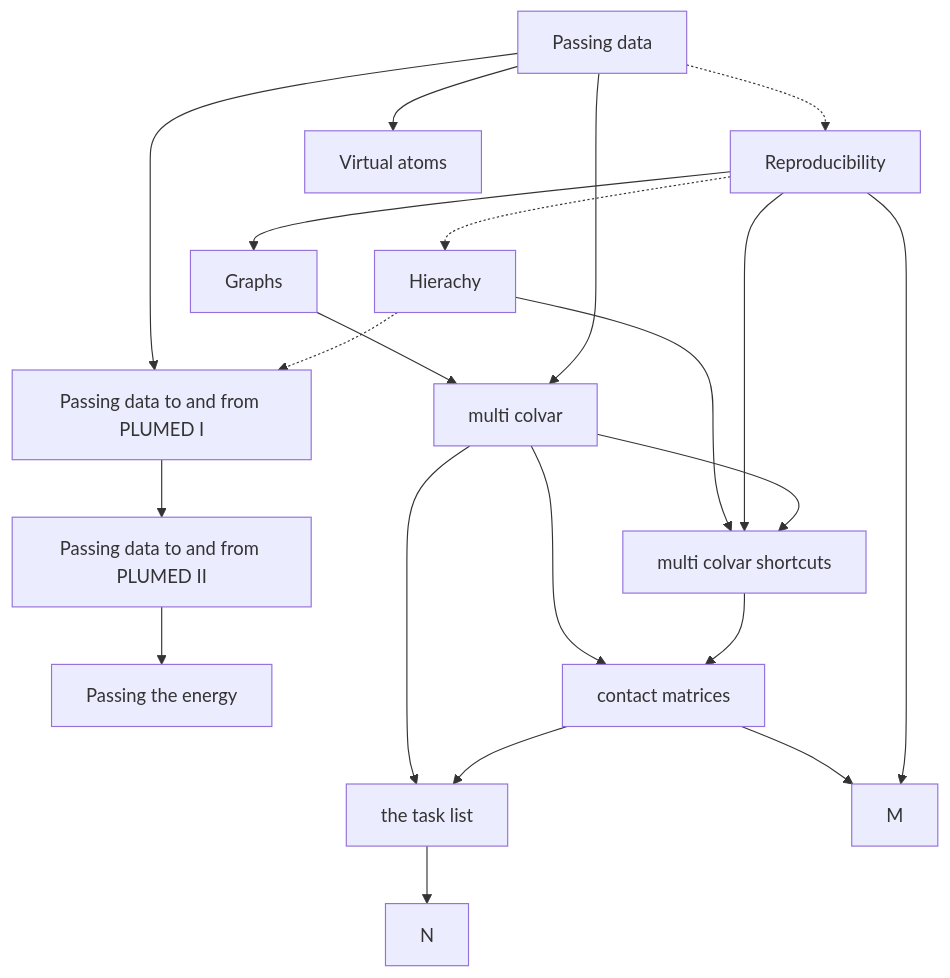
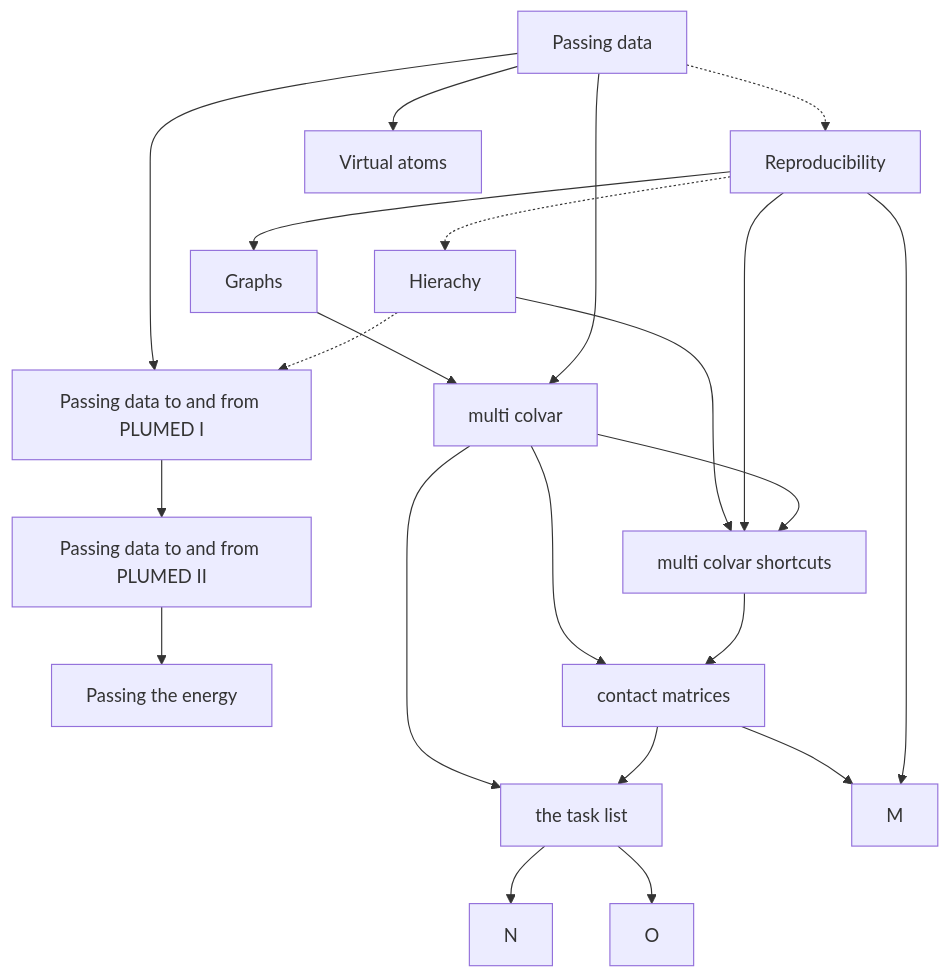
The diagram in NAVIGATION.md (gtribello/plumed-thoughts), drawn with Mermaid before and after one commit. The commit also changed 2 other files, not shown here.

Commit message:
Added article on Behler symmetry functions

````diff
--- a/NAVIGATION.md
+++ b/NAVIGATION.md
@@ -21,37 +21,39 @@
 ```mermaid
 flowchart TB;
   A[Passing data] -.-> B[Reproducibility];
   B -.-> C[Hierachy];
   C -.-> D[Passing data to and from PLUMED I];
   D --> E[Passing data to and from PLUMED II];
   A --> D;
   E --> F[Passing the energy];
   A --> G[Virtual atoms]
   B --> H[Graphs]
   A --> I[multi colvar]
   H --> I
   I --> J[multi colvar shortcuts]
   B --> J
   C --> J
   J --> K[contact matrices]
   I --> K
   K --> L[the task list]
   I --> L
   B --> M
   K --> M
   L --> N
+  L --> O
   click A "Passing.md" "8th May 2023: General thoughts about how data is passed between PLUMED actions";
   click B "Reproducibility.md" "8th May 2023: General thoughts about why we want to do calculations that are reproducibile";
   click C "Community.md" "8th May 2023: General thoughts about how we support communities of scholars"
   click D "MDInterfaceI.md" "8th May 2023: A description of how data is passed to and from PLUMED"
   click E "MDInterfaceII.md" "21st May 2023: A description of how atomic properties are passed to and from PLUMED"
   click F "PassingEnergy.md" "21st May 2023: A description of how potential energy is passed to PLUMED"
   click G "VirtualAtoms.md" "22nd May 2023: A description of how virtual atom positions are passed between Actions in PLUMED"
   click H "Graphs.md" "1st June 2023: A description of the way we can use graphs to illustrate PLUMED input files"
   click I "MultiColvar.md" "1st June 2023: An explaination of how multicolvar is implemented"
   click J "MultiColvarShortcut.md" "9th June 2023: An explanation of how backwards compatibility for MultiColvar has been ensured and an introduction to ActionShortcut"
   click K "contactMatrix.md" "12th June 2023: An explanation of how coordination numbers and contact maps can be used to construct CVs"
   click L "Tasks.md" "13th June 2023: More details on how the task list are used in the calculation of MultiColvars and contact matrix based CVs"
   click M "Sprint.md" "3rd July 2023: Details on how SPRINT collective variables are implemented using shortcuts"
   click N "Steinhardt.md" "13th September 2023: An explanation of how Steinhardt parameters are implemented in PLUMED"
+  click O "Behler.md" "14th September 2023: An explanation of how Behler-Parinello symmetry functions are implemnted in PLUMED"
 ```
````
